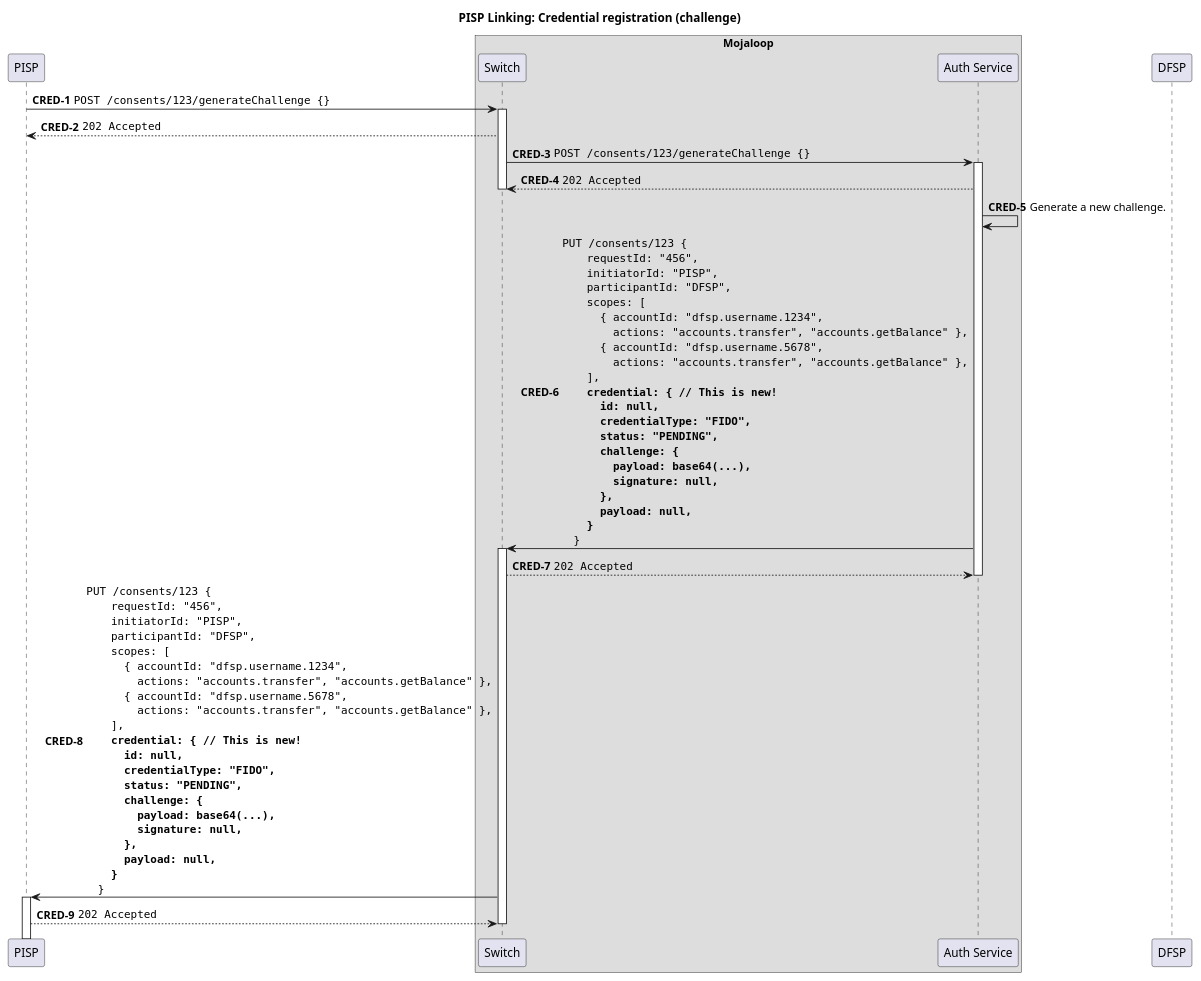
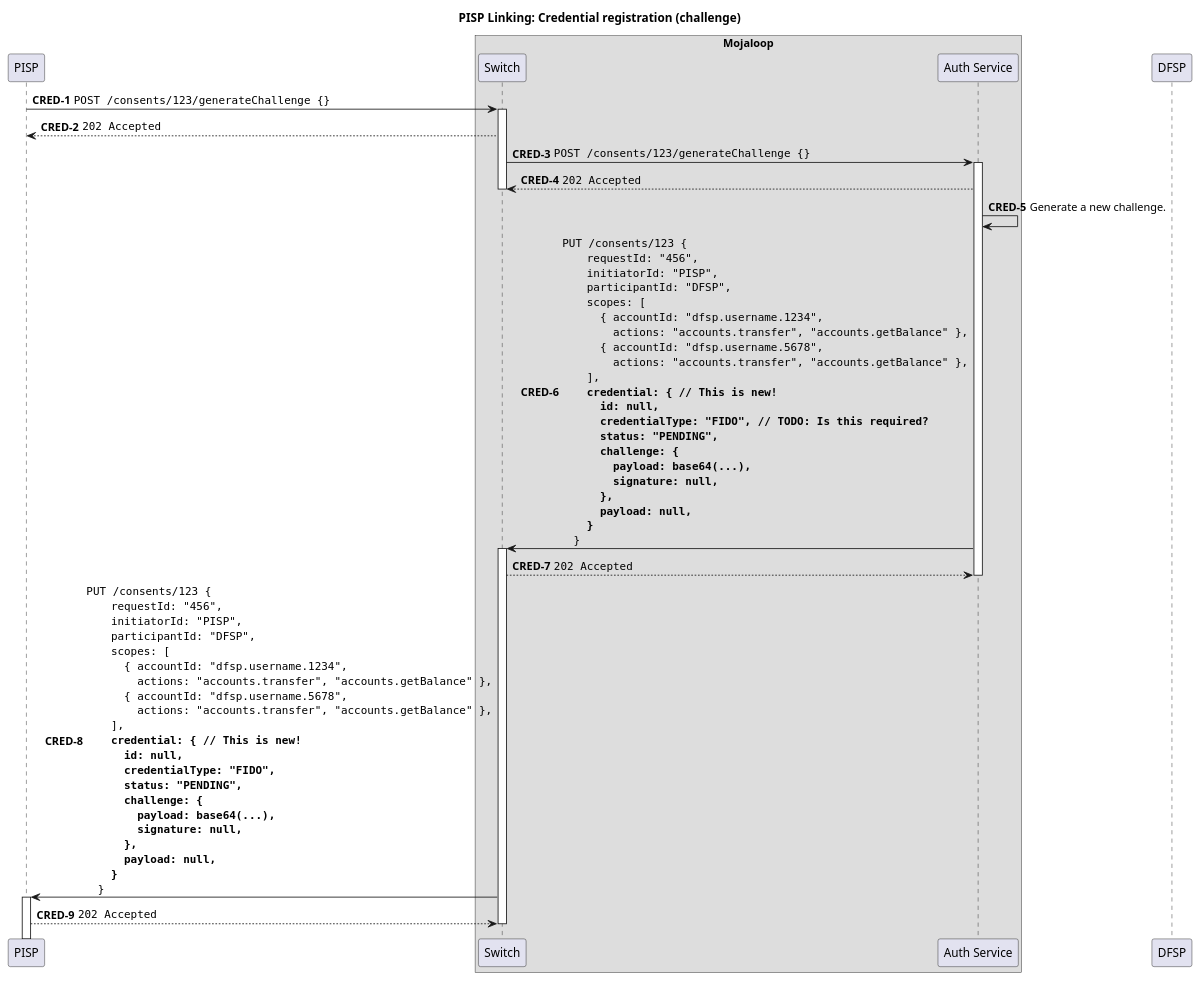
One commit to mojaloop/pisp-project changed the diagram in docs/linking/5a-credential-registration.puml. Above: the diagram before and after it, drawn with PlantUML.

Commit message:
Added a short TODO about consent.credential.credentialType

```diff
--- a/docs/linking/5a-credential-registration.puml
+++ b/docs/linking/5a-credential-registration.puml
@@ -1,75 +1,75 @@
 @startuml
 
 !pragma teoz true
 
 title PISP Linking: Credential registration (challenge)
 
 participant "PISP" as PISP
 
 box "Mojaloop"
     participant Switch
     participant "Auth Service" as Auth
 end box
 
 participant "DFSP" as DFSP
 
 autonumber 1 "<b>CRED-#</b>"
 
 PISP -> Switch ++: ""POST /consents/123/generateChallenge {}""
 Switch --> PISP: ""202 Accepted""
 deactivate PISP
 
 Switch -> Auth ++: ""POST /consents/123/generateChallenge {}""
 Auth --> Switch: ""202 Accepted""
 deactivate Switch
 
 Auth -> Auth: Generate a new challenge.
 Auth -> Switch ++: ""PUT /consents/123 {""\n\
     ""  requestId: "456",""\n\
     ""  initiatorId: "PISP",""\n\
     ""  participantId: "DFSP",""\n\
     ""  scopes: [ ""\n\
     ""    { accountId: "dfsp.username.1234",""\n\
     ""      actions: "accounts.transfer", "accounts.getBalance" },""\n\
     ""    { accountId: "dfsp.username.5678",""\n\
     ""      actions: "accounts.transfer", "accounts.getBalance" },""\n\
     ""  ],""\n\
     ""  **credential: { // This is new!**""\n\
     ""    **id: null,**""\n\
-    ""    **credentialType: "FIDO",**""\n\
+    ""    **credentialType: "FIDO", // TODO: Is this required?**""\n\
     ""    **status: "PENDING",**""\n\
     ""    **challenge: {**""\n\
     ""      **payload: base64(...),**""\n\
     ""      **signature: null,**""\n\
     ""    **},**""\n\
     ""    **payload: null,**""\n\
     ""  **}**""\n\
     ""}""
 Switch --> Auth: ""202 Accepted""
 deactivate Auth
 
 Switch -> PISP ++: ""PUT /consents/123 {""\n\
     ""  requestId: "456",""\n\
     ""  initiatorId: "PISP",""\n\
     ""  participantId: "DFSP",""\n\
     ""  scopes: [ ""\n\
     ""    { accountId: "dfsp.username.1234",""\n\
     ""      actions: "accounts.transfer", "accounts.getBalance" },""\n\
     ""    { accountId: "dfsp.username.5678",""\n\
     ""      actions: "accounts.transfer", "accounts.getBalance" },""\n\
     ""  ],""\n\
     ""  **credential: { // This is new!**""\n\
     ""    **id: null,**""\n\
     ""    **credentialType: "FIDO",**""\n\
     ""    **status: "PENDING",**""\n\
     ""    **challenge: {**""\n\
     ""      **payload: base64(...),**""\n\
     ""      **signature: null,**""\n\
     ""    **},**""\n\
     ""    **payload: null,**""\n\
     ""  **}**""\n\
     ""}""
 PISP --> Switch: ""202 Accepted""
 deactivate Switch
 
 @enduml
```
